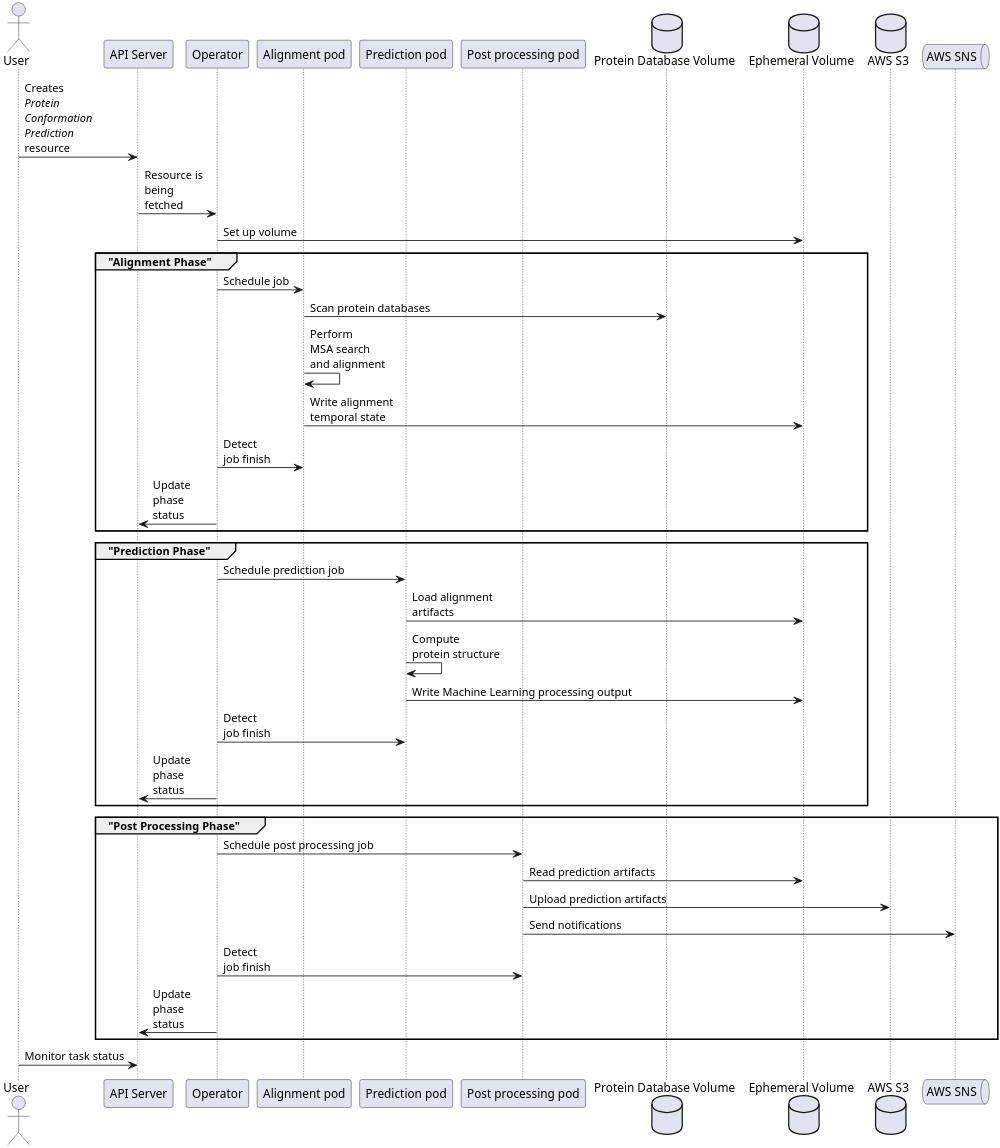
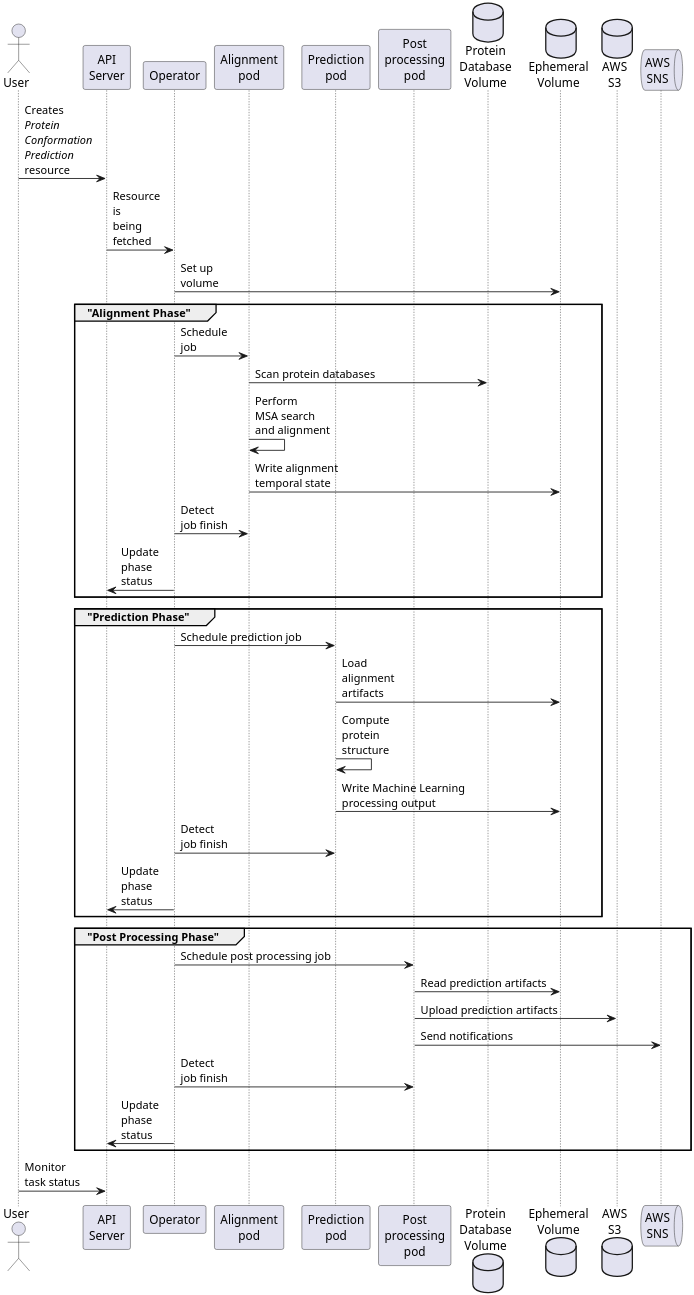
The diagram in uml/proteinconformationprediction_controller.puml (kubefold/thesis-text), drawn with PlantUML before and after one commit. The commit also changed 2 other files, not shown here.

Commit message:
feat: add diagrams and descriptions for protein controllers

```diff
--- a/uml/proteinconformationprediction_controller.puml
+++ b/uml/proteinconformationprediction_controller.puml
@@ -1,45 +1,45 @@
 @startuml
 
 skinparam dpi 300
 
 actor User as user
-participant "API Server" as api
+participant "API\nServer" as api
 participant Operator as operator
-participant "Alignment pod" as alignmentPod
-participant "Prediction pod" as predictionPod
-participant "Post processing pod" as postProcessingPod
-database "Protein Database Volume" as dbVolume
-database "Ephemeral Volume" as tmpVolume
-database "AWS S3" as s3
-queue "AWS SNS" as sns
+participant "Alignment\npod" as alignmentPod
+participant "Prediction\npod" as predictionPod
+participant "Post\nprocessing\npod" as postProcessingPod
+database "Protein\nDatabase\nVolume" as dbVolume
+database "Ephemeral\nVolume" as tmpVolume
+database "AWS\nS3" as s3
+queue "AWS\nSNS" as sns
 
 user -> api : Creates\n//Protein//\n//Conformation//\n//Prediction//\nresource
-api -> operator : Resource is\nbeing\nfetched
-operator -> tmpVolume : Set up volume
+api -> operator : Resource\nis\nbeing\nfetched
+operator -> tmpVolume : Set up\nvolume
 group "Alignment Phase"
-operator -> alignmentPod : Schedule job
+operator -> alignmentPod : Schedule\njob
 alignmentPod -> dbVolume : Scan protein databases
 alignmentPod -> alignmentPod : Perform\nMSA search\nand alignment
 alignmentPod -> tmpVolume : Write alignment\ntemporal state
 operator -> alignmentPod : Detect\njob finish
 operator -> api : Update\nphase\nstatus
 end
 group "Prediction Phase"
 operator -> predictionPod : Schedule prediction job
-predictionPod -> tmpVolume : Load alignment\nartifacts
-predictionPod -> predictionPod : Compute\nprotein structure
-predictionPod -> tmpVolume : Write Machine Learning processing output
+predictionPod -> tmpVolume : Load\nalignment\nartifacts
+predictionPod -> predictionPod : Compute\nprotein\nstructure
+predictionPod -> tmpVolume : Write Machine Learning\nprocessing output
 operator -> predictionPod : Detect\njob finish
 operator -> api : Update\nphase\nstatus
 end
 group "Post Processing Phase"
 operator -> postProcessingPod : Schedule post processing job
 postProcessingPod -> tmpVolume : Read prediction artifacts
 postProcessingPod -> s3 : Upload prediction artifacts
 postProcessingPod -> sns : Send notifications
 operator -> postProcessingPod : Detect\njob finish
 operator -> api : Update\nphase\nstatus
 end
-user -> api : Monitor task status
+user -> api : Monitor\ntask status
 
 @enduml
```
